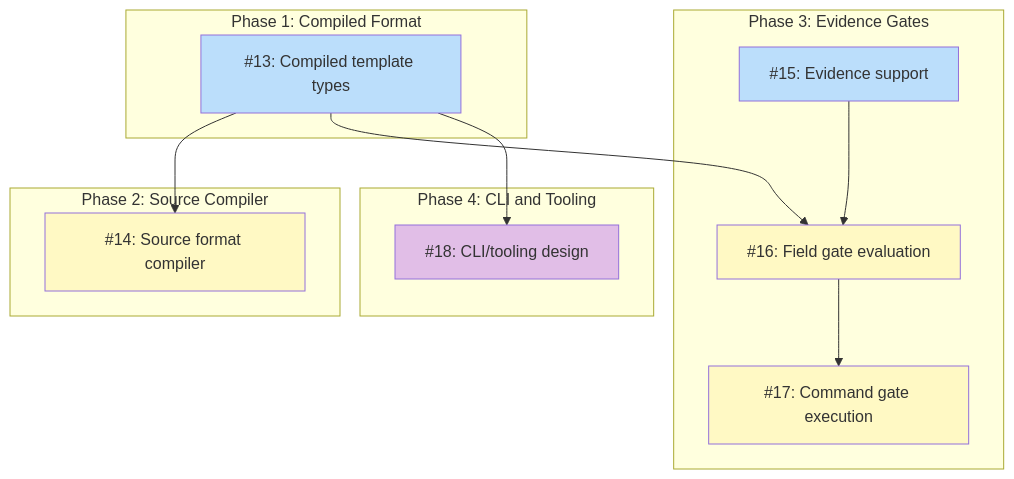
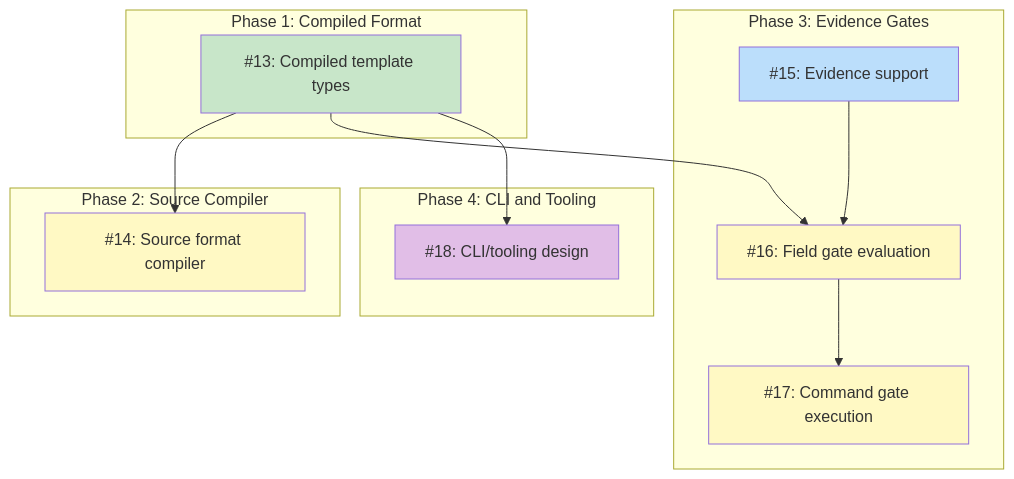
One commit to tsukumogami/koto changed the diagram in docs/designs/DESIGN-koto-template-format.md. Above: the diagram before and after it, drawn with Mermaid. The commit also changed other lines of this file and 2 other files, not shown here.

````diff
--- a/docs/designs/DESIGN-koto-template-format.md
+++ b/docs/designs/DESIGN-koto-template-format.md
@@ -51,36 +51,37 @@
 ```mermaid
 graph TD
     subgraph Phase1["Phase 1: Compiled Format"]
         I13["#13: Compiled template types"]
     end
 
     subgraph Phase2["Phase 2: Source Compiler"]
         I14["#14: Source format compiler"]
     end
 
     subgraph Phase3["Phase 3: Evidence Gates"]
         I15["#15: Evidence support"]
         I16["#16: Field gate evaluation"]
         I17["#17: Command gate execution"]
     end
 
     subgraph Phase4["Phase 4: CLI and Tooling"]
         I18["#18: CLI/tooling design"]
     end
 
     I13 --> I14
     I13 --> I16
     I13 --> I18
     I15 --> I16
     I16 --> I17
 
     classDef done fill:#c8e6c9
     classDef ready fill:#bbdefb
     classDef blocked fill:#fff9c4
     classDef needsDesign fill:#e1bee7
     classDef tracksDesign fill:#FFE0B2,stroke:#F57C00,color:#000
 
-    class I13,I15 ready
+    class I13 done
+    class I15 ready
     class I14,I16,I17 blocked
     class I18 needsDesign
 ```
````
